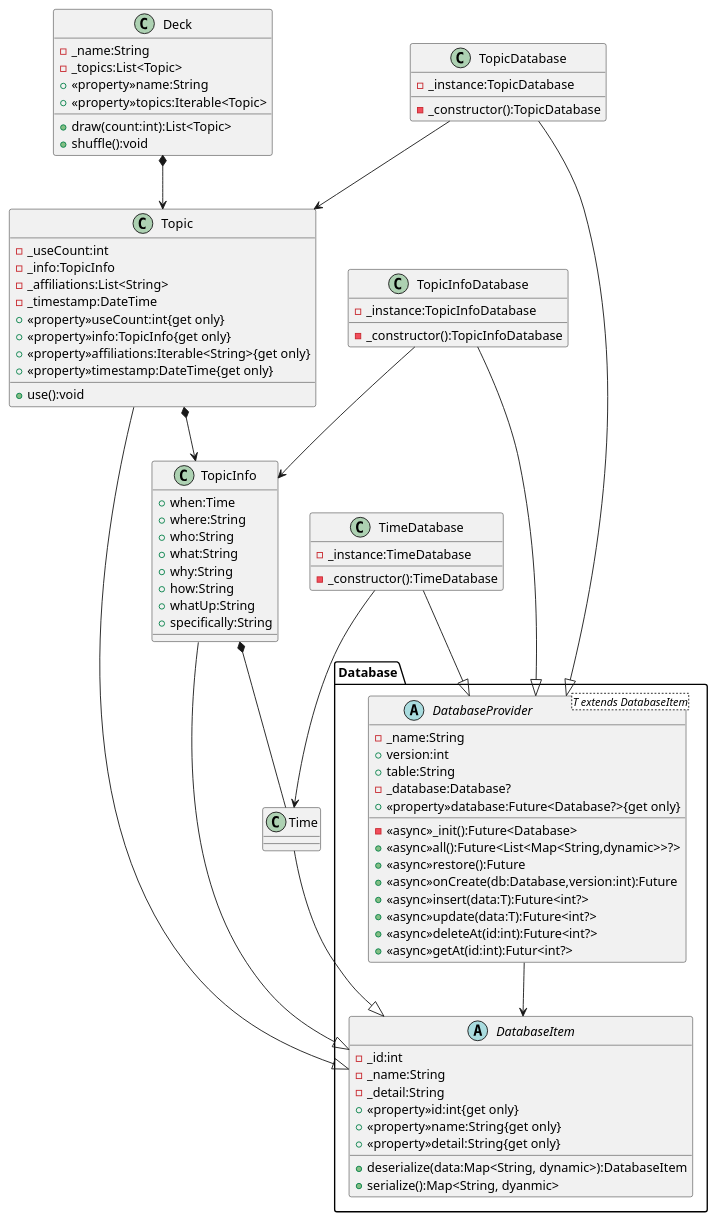
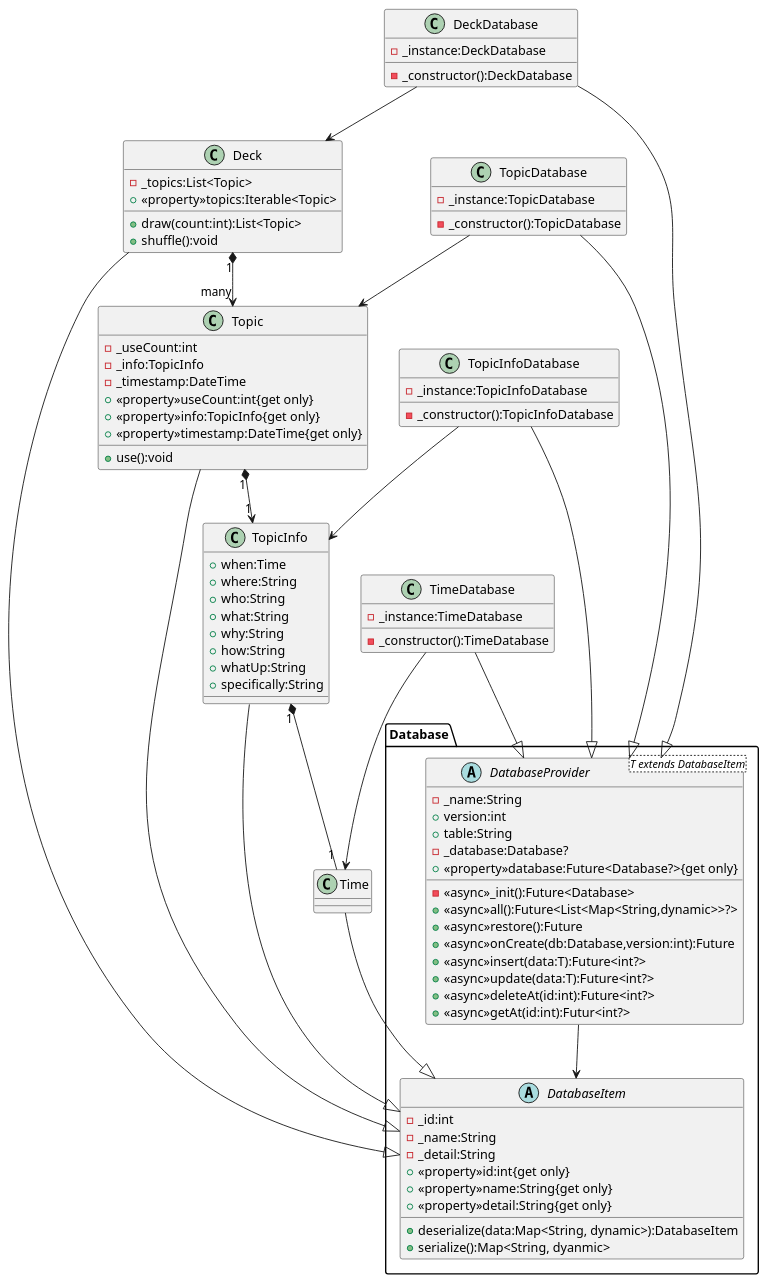
The diagram in classDiagram.pu (nmskm240/conversation_deck), drawn with PlantUML before and after one commit. The commit also changed 2 other files, not shown here.

```diff
--- a/classDiagram.pu
+++ b/classDiagram.pu
@@ -1,98 +1,102 @@
 @startuml Conversation deck cards
 package Database
 {
     abstract DatabaseItem
     {
         -_id:int
         -_name:String
         -_detail:String
         +<<property>>id:int{get only}
         +<<property>>name:String{get only}
         +<<property>>detail:String{get only}
         +deserialize(data:Map<String, dynamic>):DatabaseItem
         +serialize():Map<String, dyanmic>
     }
     abstract DatabaseProvider<T extends DatabaseItem>
     {
         -_name:String
         +version:int
         +table:String
         -_database:Database?
         +<<property>>database:Future<Database?>{get only}
         -<<async>>_init():Future<Database>
         +<<async>>all():Future<List<Map<String,dynamic>>?>
         +<<async>>restore():Future
         +<<async>>onCreate(db:Database,version:int):Future
         +<<async>>insert(data:T):Future<int?>
         +<<async>>update(data:T):Future<int?>
         +<<async>>deleteAt(id:int):Future<int?>
         +<<async>>getAt(id:int):Futur<int?>
     }
 }
 class Deck
 {
-    -_name:String
     -_topics:List<Topic>
-    +<<property>>name:String
     +<<property>>topics:Iterable<Topic>
     +draw(count:int):List<Topic>
     +shuffle():void
+}
+class DeckDatabase
+{
+    -_instance:DeckDatabase
+    -_constructor():DeckDatabase
 }
 class Topic
 {
     -_useCount:int
     -_info:TopicInfo
-    -_affiliations:List<String>
     -_timestamp:DateTime
     +<<property>>useCount:int{get only}
     +<<property>>info:TopicInfo{get only}
-    +<<property>>affiliations:Iterable<String>{get only}
     +<<property>>timestamp:DateTime{get only}
     +use():void
 }
 class TopicInfo
 {
     +when:Time
     +where:String
     +who:String
     +what:String
     +why:String
     +how:String
     +whatUp:String
     +specifically:String
 }
 class TopicInfoDatabase
 {
     -_instance:TopicInfoDatabase
     -_constructor():TopicInfoDatabase
 }
 class TopicDatabase
 {
     -_instance:TopicDatabase
     -_constructor():TopicDatabase
 }
 class Time
 class TimeDatabase
 {
     -_instance:TimeDatabase
     -_constructor():TimeDatabase
 }
 
 DatabaseProvider --> DatabaseItem
+DeckDatabase --> Deck
 TopicDatabase --> Topic
 TopicInfoDatabase --> TopicInfo
 TimeDatabase --> Time
 
+DeckDatabase --|> DatabaseProvider
 TopicDatabase --|> DatabaseProvider
 TopicInfoDatabase --|> DatabaseProvider
 TimeDatabase --|> DatabaseProvider
+Deck --|> DatabaseItem
 Topic --|> DatabaseItem
 TopicInfo --|> DatabaseItem
 Time --|> DatabaseItem
 
-Topic *--> TopicInfo
-Deck *--> Topic
+Topic "1" *--> "1" TopicInfo
+Deck "1" *--> "many" Topic
 
-TopicInfo *-- Time
+TopicInfo "1" *-- "1" Time
 
 @enduml
```
